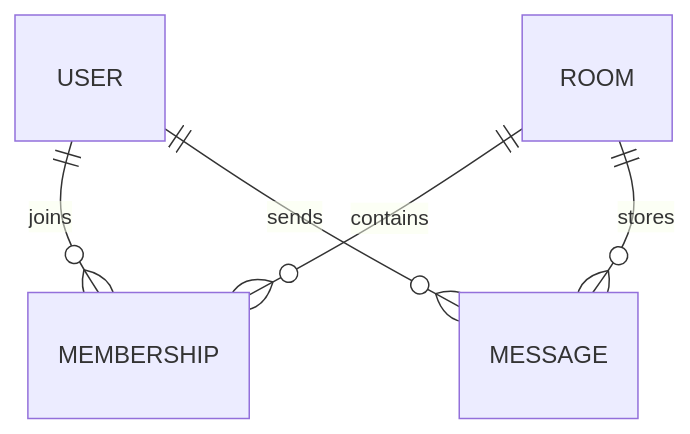
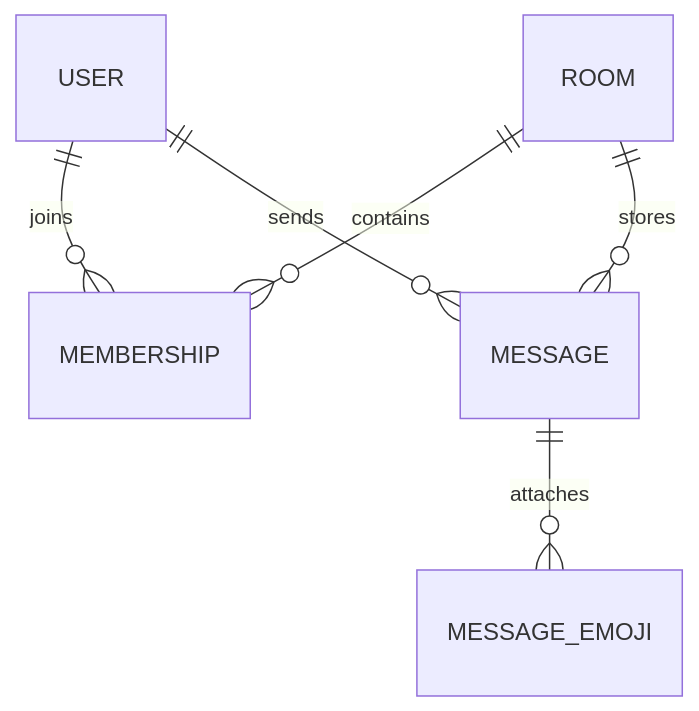
One commit to Azther0z/computer-network-project changed the diagram in docs/data-model.md. Above: the diagram before and after it, drawn with Mermaid. The commit also changed other lines of this file and 26 other files, not shown here.

````diff
--- a/docs/data-model.md
+++ b/docs/data-model.md
@@ -9,7 +9,8 @@
 ```mermaid
 erDiagram
     USER ||--o{ MEMBERSHIP : joins
     ROOM ||--o{ MEMBERSHIP : contains
     ROOM ||--o{ MESSAGE : stores
     USER ||--o{ MESSAGE : sends
+    MESSAGE ||--o{ MESSAGE_EMOJI : attaches
 ```
````
